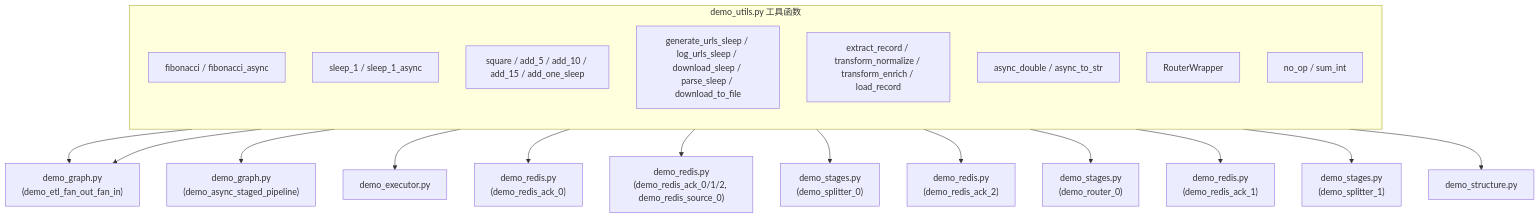
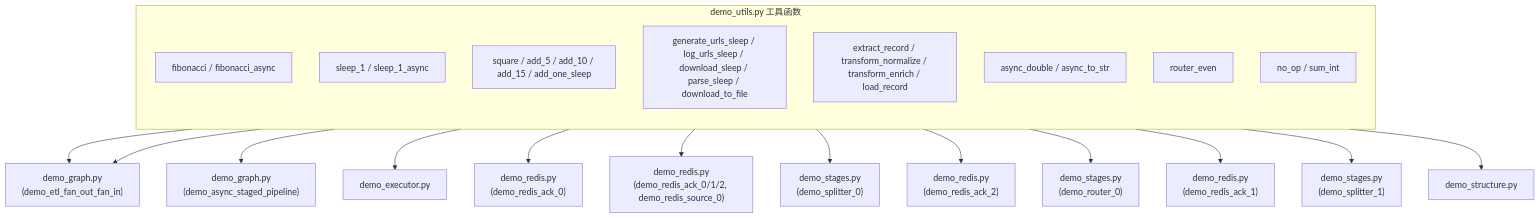
The diagram in docs/zh-CN/demo/demo_utils.md (Mr-xiaotian/CelestialFlow), drawn with Mermaid before and after one commit. The commit also changed other lines of this file and 5 other files, not shown here.

````diff
--- a/docs/zh-CN/demo/demo_utils.md
+++ b/docs/zh-CN/demo/demo_utils.md
@@ -13,27 +13,27 @@
 ```mermaid
 flowchart TD
     subgraph Utils["demo_utils.py 工具函数"]
         direction TB
         Fib["fibonacci / fibonacci_async"]
         Sleep1["sleep_1 / sleep_1_async"]
         Compute["square / add_5 / add_10 / add_15 / add_one_sleep"]
         Url["generate_urls_sleep / log_urls_sleep / download_sleep / parse_sleep / download_to_file"]
         ETL["extract_record / transform_normalize / transform_enrich / load_record"]
         Async["async_double / async_to_str"]
-        Router["RouterWrapper"]
+        Router["router_even"]
         Misc["no_op / sum_int"]
     end
 
     ETL --> Graph["demo_graph.py<br/>(demo_etl_fan_out_fan_in)"]
     Async --> Graph
     Async --> GraphAsync["demo_graph.py<br/>(demo_async_staged_pipeline)"]
     Fib --> Executor["demo_executor.py"]
     Fib --> Redis0["demo_redis.py<br/>(demo_redis_ack_0)"]
     Sleep1 --> RedisDemo["demo_redis.py<br/>(demo_redis_ack_0/1/2, demo_redis_source_0)"]
     Url --> StagesSplitter0["demo_stages.py<br/>(demo_splitter_0)"]
     Url --> Redis2["demo_redis.py<br/>(demo_redis_ack_2)"]
     Router --> StagesRouter0["demo_stages.py<br/>(demo_router_0)"]
     Misc --> Redis1["demo_redis.py<br/>(demo_redis_ack_1)"]
     Misc --> StagesSplitter1["demo_stages.py<br/>(demo_splitter_1)"]
     Compute --> Structure["demo_structure.py"]
 ```
````
